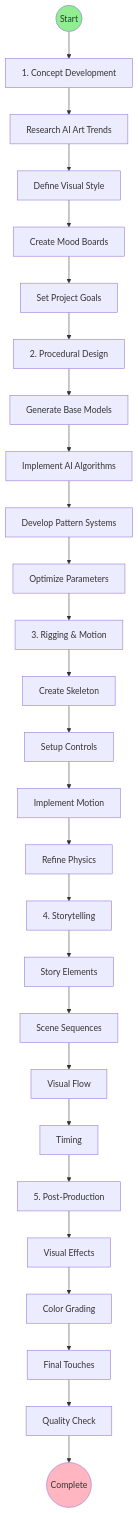
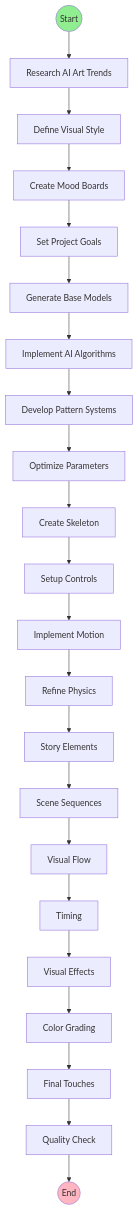
One commit to lionbrush/3d-ai changed the diagram in assets/assets.md. Above: the diagram before and after it, drawn with Mermaid.

````diff
--- a/assets/assets.md
+++ b/assets/assets.md
@@ -3,38 +3,31 @@
 ```mermaid
-flowchart TD
-    Start((Start)) --> Concept
+graph TD
+    S((Start))-->A1
+    A1[Research AI Art Trends]-->A2
+    A2[Define Visual Style]-->A3
+    A3[Create Mood Boards]-->A4
+    A4[Set Project Goals]-->B1
     
-    Concept[1. Concept Development] --> A1
-    A1[Research AI Art Trends] --> A2[Define Visual Style]
-    A2 --> A3[Create Mood Boards]
-    A3 --> A4[Set Project Goals]
+    B1[Generate Base Models]-->B2
+    B2[Implement AI Algorithms]-->B3
+    B3[Develop Pattern Systems]-->B4
+    B4[Optimize Parameters]-->C1
     
-    A4 --> Procedural[2. Procedural Design]
-    Procedural --> B1[Generate Base Models]
-    B1 --> B2[Implement AI Algorithms]
-    B2 --> B3[Develop Pattern Systems]
-    B3 --> B4[Optimize Parameters]
+    C1[Create Skeleton]-->C2
+    C2[Setup Controls]-->C3
+    C3[Implement Motion]-->C4
+    C4[Refine Physics]-->D1
     
-    B4 --> Rigging[3. Rigging & Motion]
-    Rigging --> C1[Create Skeleton]
-    C1 --> C2[Setup Controls]
-    C2 --> C3[Implement Motion]
-    C3 --> C4[Refine Physics]
+    D1[Story Elements]-->D2
+    D2[Scene Sequences]-->D3
+    D3[Visual Flow]-->D4
+    D4[Timing]-->E1
     
-    C4 --> Narrative[4. Storytelling]
-    Narrative --> D1[Story Elements]
-    D1 --> D2[Scene Sequences]
-    D2 --> D3[Visual Flow]
-    D3 --> D4[Timing]
+    E1[Visual Effects]-->E2
+    E2[Color Grading]-->E3
+    E3[Final Touches]-->E4
+    E4[Quality Check]-->F((End))
     
-    D4 --> PostFX[5. Post-Production]
-    PostFX --> E1[Visual Effects]
-    E1 --> E2[Color Grading]
-    E2 --> E3[Final Touches]
-    E3 --> E4[Quality Check]
-    
-    E4 --> End((Complete))
-
-    style Start fill:#90EE90
-    style End fill:#FFB6C1
+    style S fill:#90EE90
+    style F fill:#FFB6C1
 ```
````
